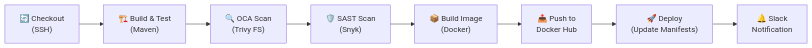
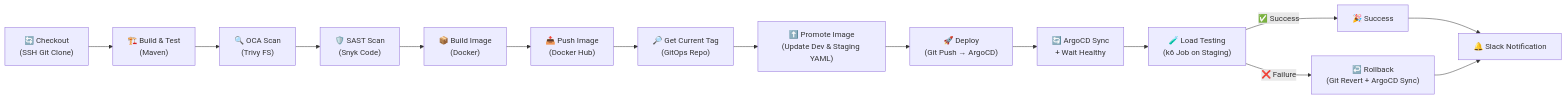
The second of 4 diagrams in README.md (saberBenhamda0/monolithic-devops-project), drawn with Mermaid before and after one commit. The commit also changed 1 other file, not shown here.

Commit message:
improve the cicd pipeline to run staging test in the cicd pipeline

````diff
--- a/README.md
+++ b/README.md
@@ -217,10 +217,25 @@
 ```mermaid
 flowchart LR
-    A["🔄 Checkout<br/>(SSH)"] --> B["🏗️ Build & Test<br/>(Maven)"]
+    A["🔄 Checkout<br/>(SSH Git Clone)"] --> B["🏗️ Build & Test<br/>(Maven)"]
+    
     B --> C["🔍 OCA Scan<br/>(Trivy FS)"]
-    C --> D["🛡️ SAST Scan<br/>(Snyk)"]
+    C --> D["🛡️ SAST Scan<br/>(Snyk Code)"]
+    
     D --> E["📦 Build Image<br/>(Docker)"]
-    E --> F["📤 Push to<br/>Docker Hub"]
-    F --> G["🚀 Deploy<br/>(Update Manifests)"]
-    G --> H["🔔 Slack<br/>Notification"]
+    E --> F["📤 Push Image<br/>(Docker Hub)"]
+    
+    F --> G["🔎 Get Current Tag<br/>(GitOps Repo)"]
+    G --> H["⬆️ Promote Image<br/>(Update Dev & Staging YAML)"]
+    
+    H --> I["🚀 Deploy<br/>(Git Push → ArgoCD)"]
+    
+    I --> J["🔄 ArgoCD Sync<br/>+ Wait Healthy"]
+    
+    J --> K["🧪 Load Testing<br/>(k6 Job on Staging)"]
+    
+    K -->|❌ Failure| L["↩️ Rollback<br/>(Git Revert + ArgoCD Sync)"]
+    K -->|✅ Success| M["🎉 Success"]
+    
+    M --> N["🔔 Slack Notification"]
+    L --> N
 ```
````
